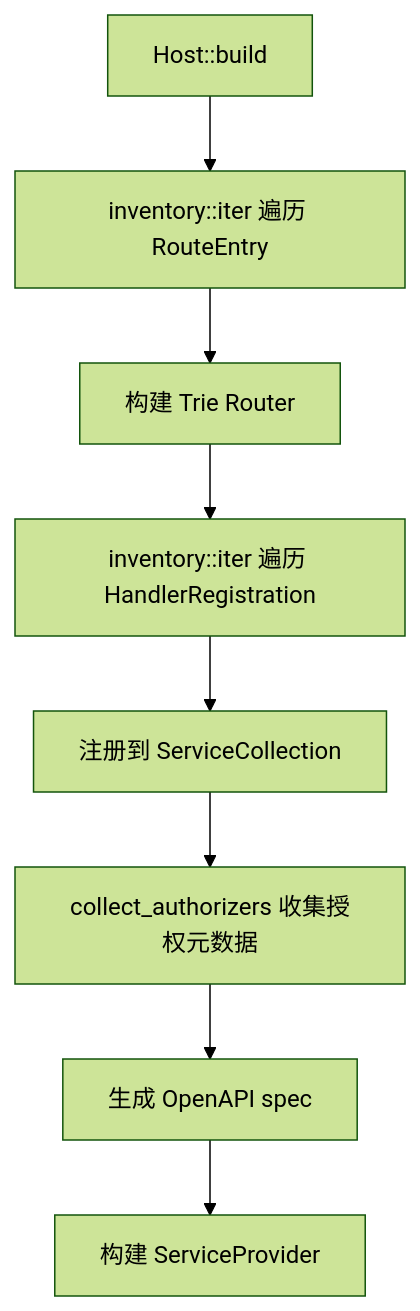
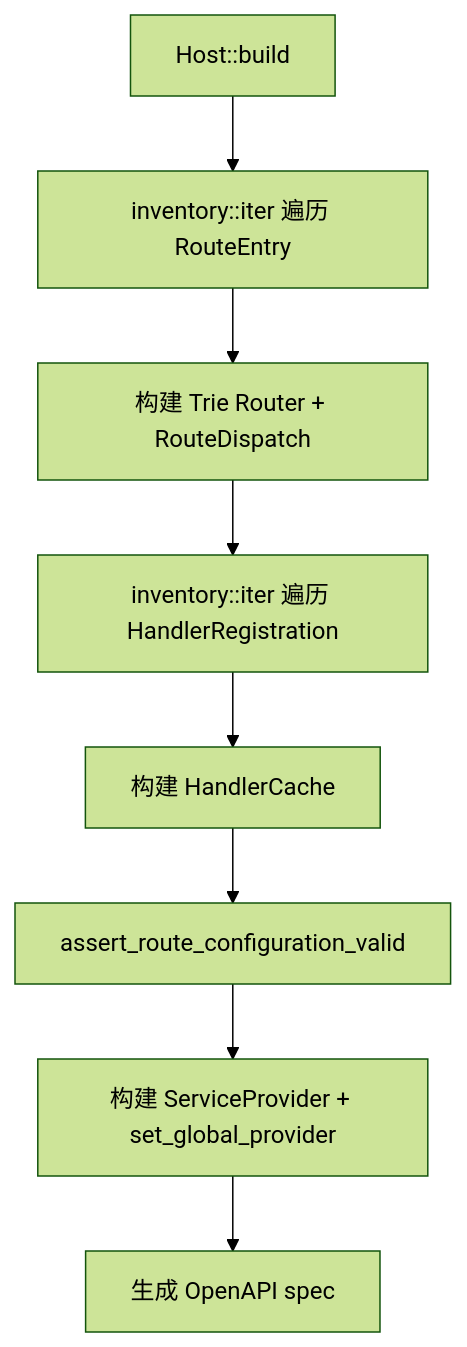
Before and after one commit to Rust-Framework/rust-webx: the diagram in docs/rust-webx/04-architecture/compile-time-scan.md, drawn with Mermaid (forest theme). The commit also changed other lines of this file and 211 other files, not shown here.

First line of the commit message:
feat!: architecture remediation phases 1-4 (v0.3.2)

````diff
--- a/docs/rust-webx/04-architecture/compile-time-scan.md
+++ b/docs/rust-webx/04-architecture/compile-time-scan.md
@@ -32,10 +32,10 @@
 ```mermaid
 graph TD
     A[Host::build] --> B[inventory::iter 遍历 RouteEntry]
-    B --> C[构建 Trie Router]
+    B --> C[构建 Trie Router + RouteDispatch]
     C --> D[inventory::iter 遍历 HandlerRegistration]
-    D --> E[注册到 ServiceCollection]
-    E --> F[collect_authorizers 收集授权元数据]
-    F --> G[生成 OpenAPI spec]
-    G --> H[构建 ServiceProvider]
+    D --> E[构建 HandlerCache]
+    E --> F[assert_route_configuration_valid]
+    F --> G[构建 ServiceProvider + set_global_provider]
+    G --> H[生成 OpenAPI spec]
 ```
````
